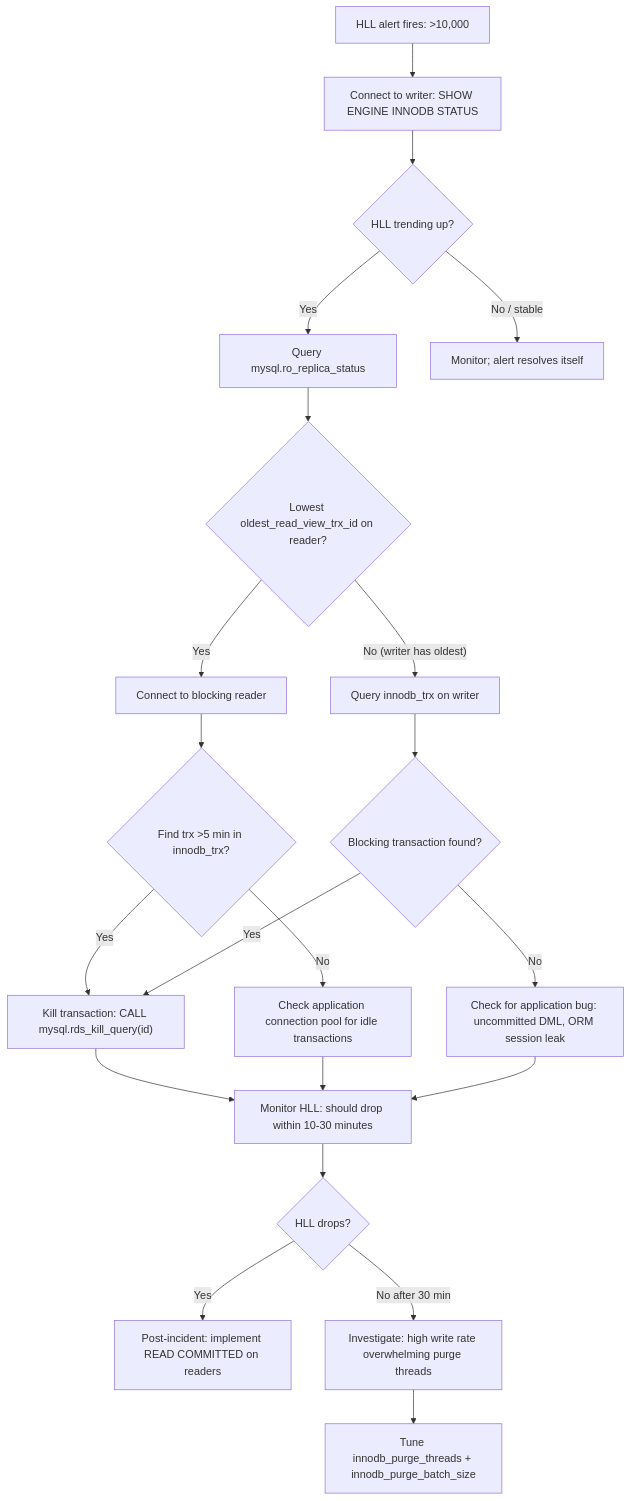
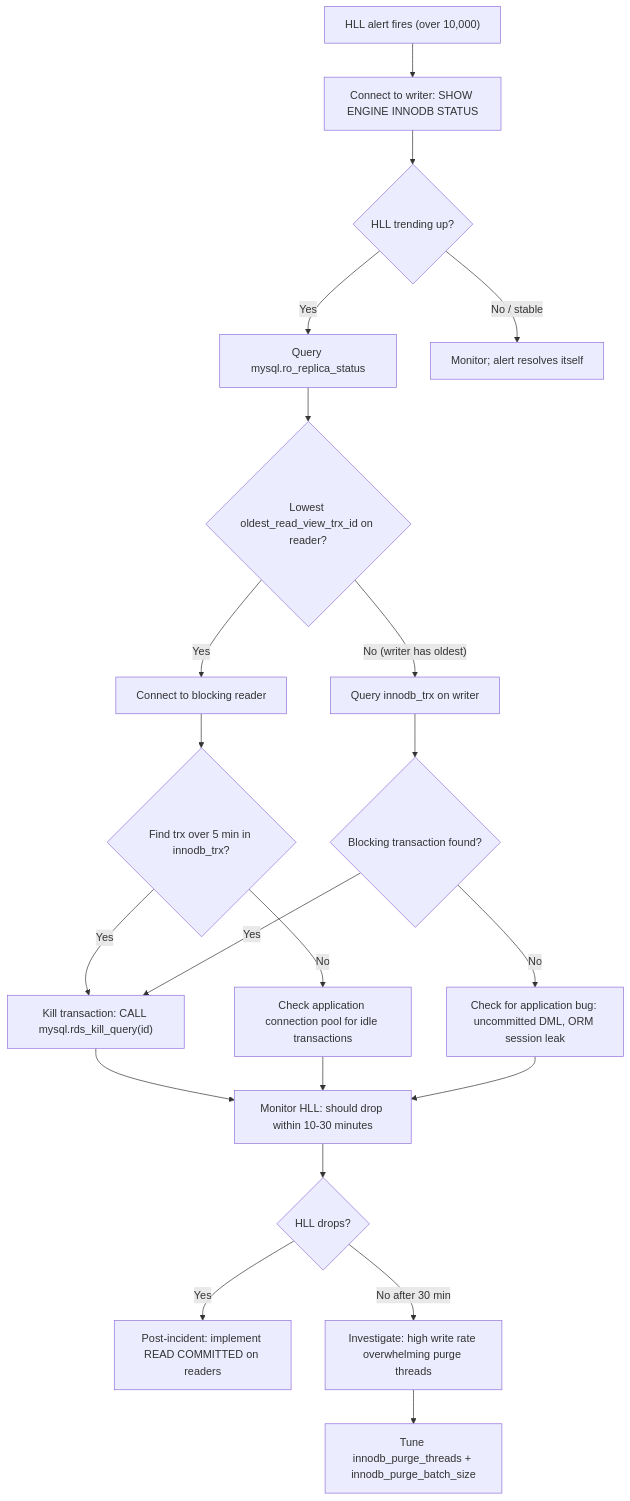
Before and after one commit to blatter2016/aurora-internals-book: the diagram in src/ch05-purge.md, drawn with Mermaid.

Commit message:
Avoid > character in ch05 Mermaid labels that Mermaid v10 misinterprets

````diff
--- a/src/ch05-purge.md
+++ b/src/ch05-purge.md
@@ -229,23 +229,23 @@
 ```mermaid
 flowchart TD
-    A["HLL alert fires: >10,000"] --> B["Connect to writer: SHOW ENGINE INNODB STATUS"]
+    A["HLL alert fires (over 10,000)"] --> B["Connect to writer: SHOW ENGINE INNODB STATUS"]
     B --> C{"HLL trending up?"}
     C -->|"Yes"| D["Query mysql.ro_replica_status"]
     C -->|"No / stable"| Z["Monitor; alert resolves itself"]
     D --> E{"Lowest oldest_read_view_trx_id on reader?"}
     E -->|"Yes"| F["Connect to blocking reader"]
     E -->|"No (writer has oldest)"| G["Query innodb_trx on writer"]
-    F --> H{"Find trx >5 min in innodb_trx?"}
+    F --> H{"Find trx over 5 min in innodb_trx?"}
     H -->|"Yes"| I["Kill transaction: CALL mysql.rds_kill_query(id)"]
     H -->|"No"| J["Check application connection pool for idle transactions"]
     G --> K{"Blocking transaction found?"}
     K -->|"Yes"| I
     K -->|"No"| L["Check for application bug: uncommitted DML, ORM session leak"]
     I --> M["Monitor HLL: should drop within 10-30 minutes"]
     J --> M
     L --> M
     M --> N{"HLL drops?"}
     N -->|"Yes"| O["Post-incident: implement READ COMMITTED on readers"]
     N -->|"No after 30 min"| P["Investigate: high write rate overwhelming purge threads"]
     P --> Q["Tune innodb_purge_threads + innodb_purge_batch_size"]
 ```
````
